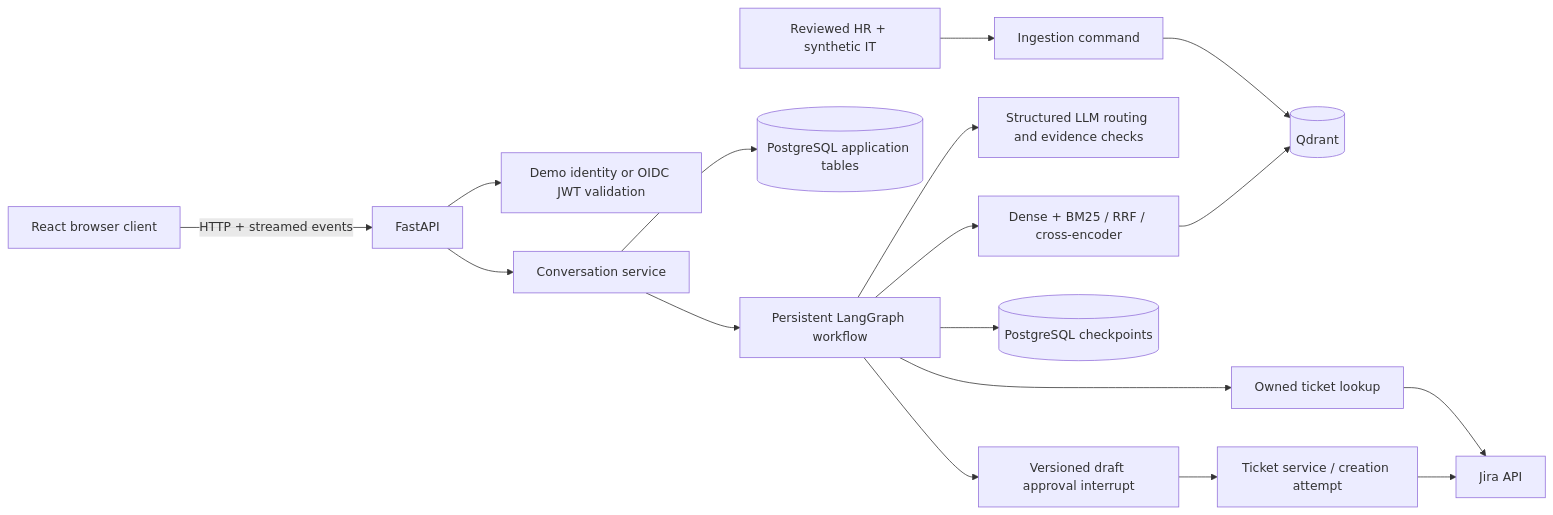
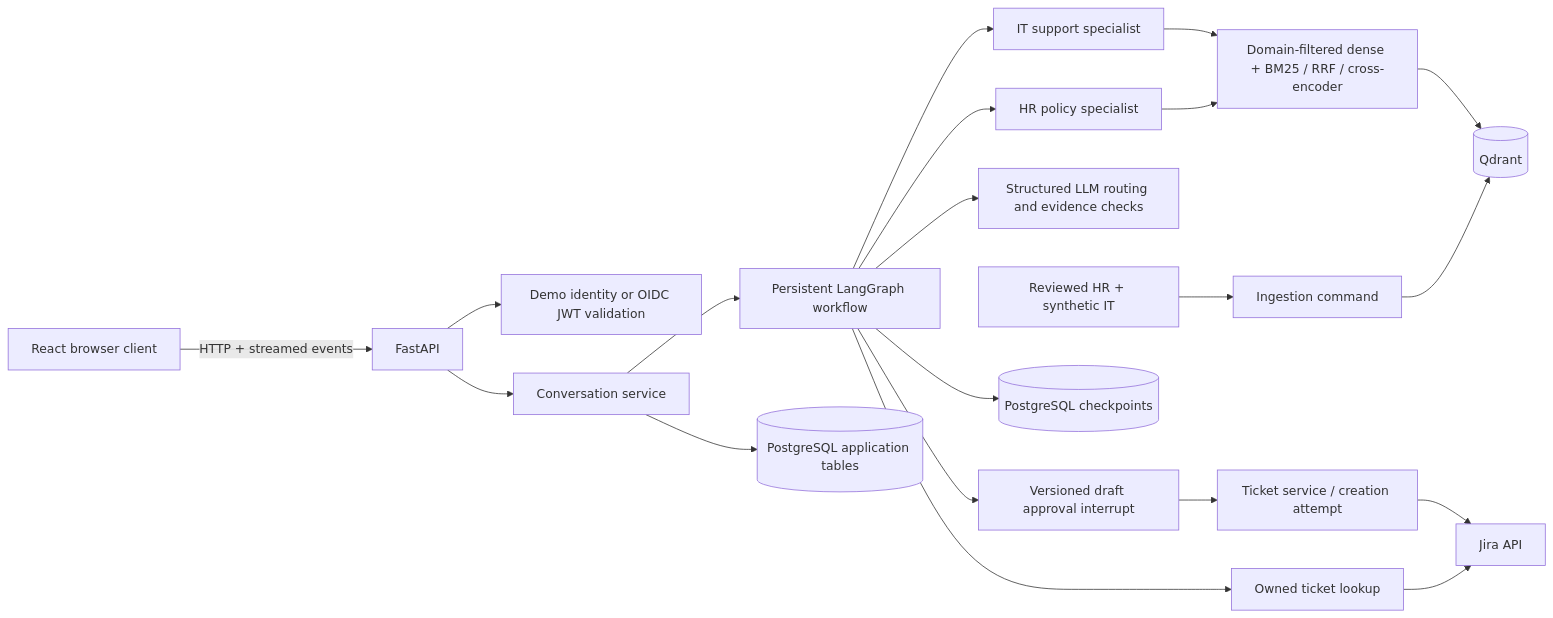
The diagram in docs/architecture.md (kajalrpatel/agentic-IT-support-desk), drawn with Mermaid before and after one commit. The commit also changed other lines of this file and 43 other files, not shown here.

Commit message:
used langsmith for eval and refactored to multi agent flow

````diff
--- a/docs/architecture.md
+++ b/docs/architecture.md
@@ -17,19 +17,22 @@
 ```mermaid
 flowchart LR
   Browser[React browser client] -->|HTTP + streamed events| API[FastAPI]
   API --> Auth[Demo identity or OIDC JWT validation]
   API --> Chat[Conversation service]
   Chat --> Graph[Persistent LangGraph workflow]
-  Graph --> RAG[Dense + BM25 / RRF / cross-encoder]
+  Graph --> IT[IT support specialist]
+  Graph --> HR[HR policy specialist]
+  IT --> RAG[Domain-filtered dense + BM25 / RRF / cross-encoder]
+  HR --> RAG
   RAG --> Qdrant[(Qdrant)]
   Graph --> Model[Structured LLM routing and evidence checks]
   Graph --> Approval[Versioned draft approval interrupt]
   Approval --> Tickets[Ticket service / creation attempt]
   Tickets --> Jira[Jira API]
   Graph --> Status[Owned ticket lookup]
   Status --> Jira
   Chat --> DB[(PostgreSQL application tables)]
   Graph --> CP[(PostgreSQL checkpoints)]
   Corpus[Reviewed HR + synthetic IT] --> Ingest[Ingestion command]
   Ingest --> Qdrant
 ```
````
